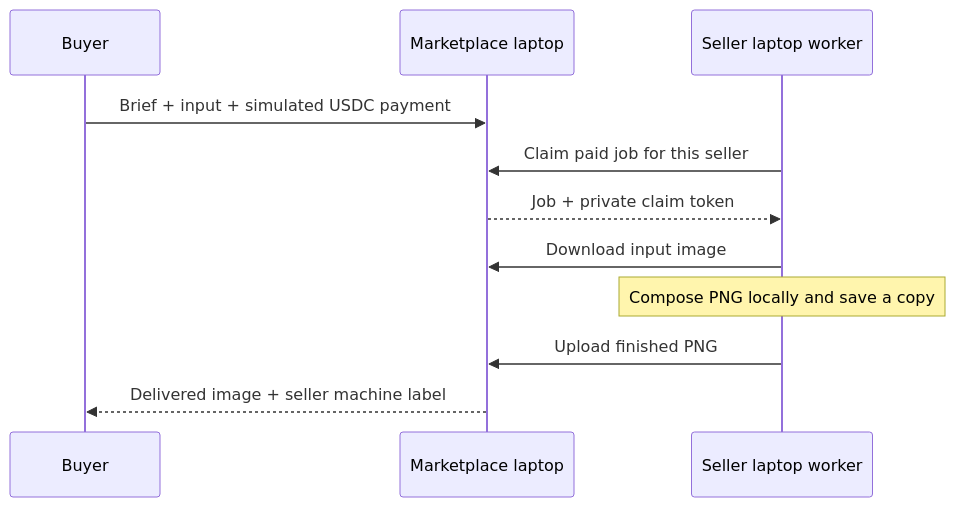
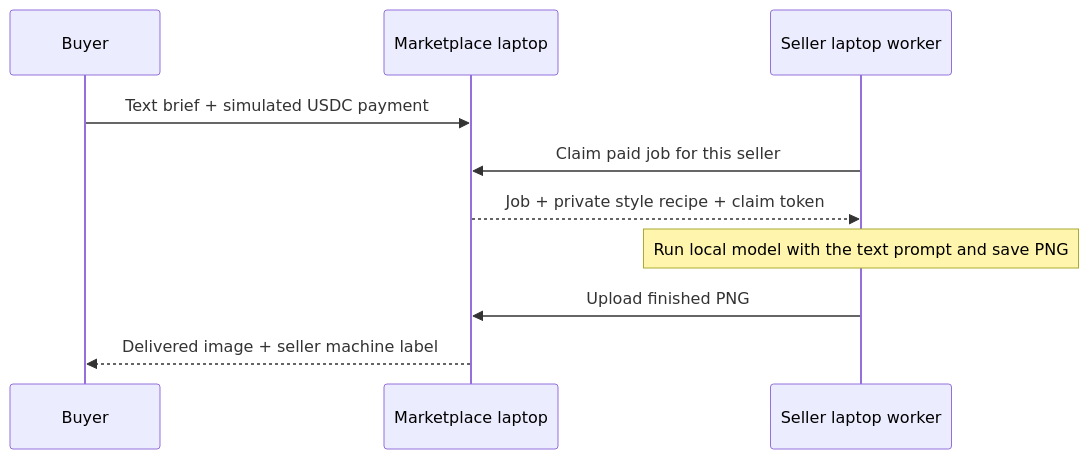
One commit to eminaz/MediaMarket changed the diagram in README.md. Above: the diagram before and after it, drawn with Mermaid. The commit also changed other lines of this file and 25 other files, not shown here.

Commit message:
Support text-to-image orders with local seller model generation

````diff
--- a/README.md
+++ b/README.md
@@ -113,13 +129,12 @@
 ```mermaid
 sequenceDiagram
     participant Buyer
     participant Market as Marketplace laptop
     participant Seller as Seller laptop worker
-    Buyer->>Market: Brief + input + simulated USDC payment
+    Buyer->>Market: Text brief + simulated USDC payment
     Seller->>Market: Claim paid job for this seller
-    Market-->>Seller: Job + private claim token
-    Seller->>Market: Download input image
-    Note over Seller: Compose PNG locally and save a copy
+    Market-->>Seller: Job + private style recipe + claim token
+    Note over Seller: Run local model with the text prompt and save PNG
     Seller->>Market: Upload finished PNG
     Market-->>Buyer: Delivered image + seller machine label
 ```
````
